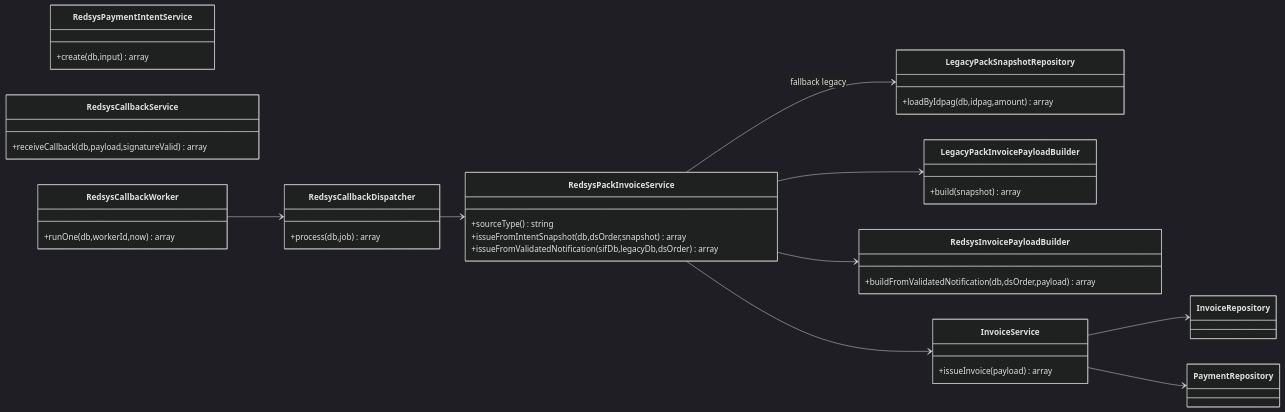
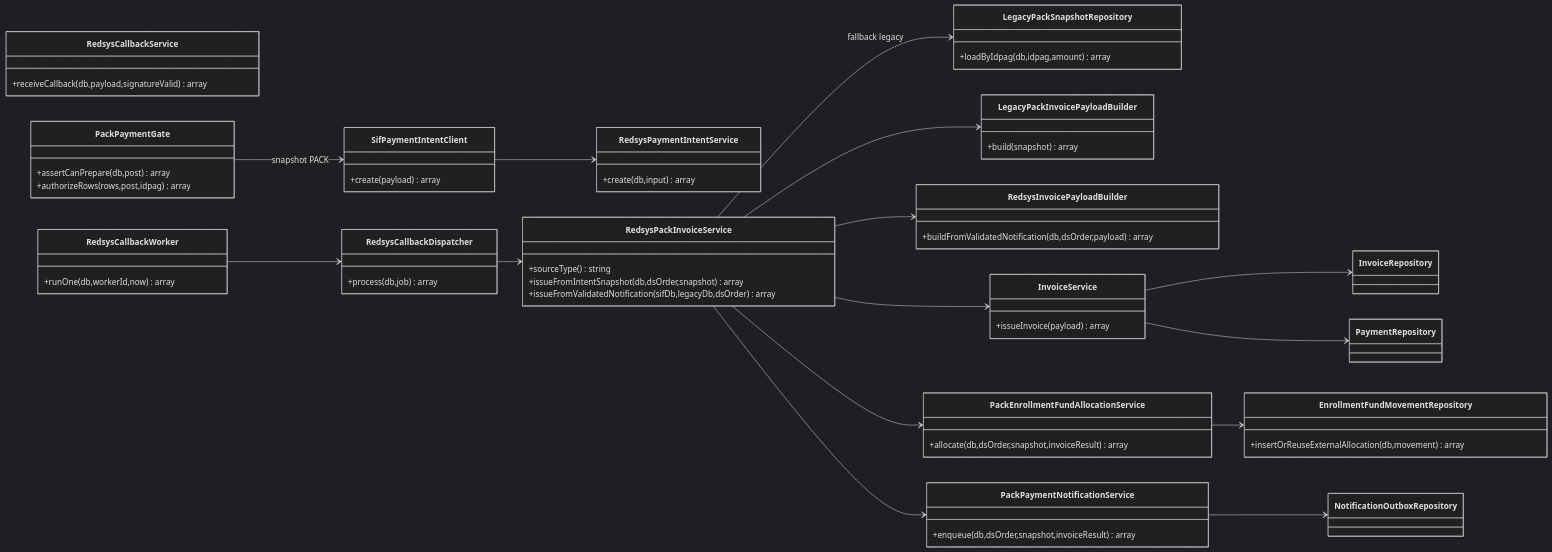
One commit to orgmeriemprismacat-del/verifactu changed the second of 3 diagrams in documentacio/07-uml-integrat/uc-015-classes-actual-final.md. Above: the diagram before and after it, drawn with Mermaid (dark theme). The commit also changed other lines of this file, not shown here.

````diff
--- a/documentacio/07-uml-integrat/uc-015-classes-actual-final.md
+++ b/documentacio/07-uml-integrat/uc-015-classes-actual-final.md
@@ -61,44 +61,67 @@
 ```mermaid
 classDiagram
 direction LR
 class RedsysPaymentIntentService {
   +create(db,input) array
 }
 class RedsysCallbackService {
   +receiveCallback(db,payload,signatureValid) array
 }
 class RedsysCallbackDispatcher {
   +process(db,job) array
 }
 class RedsysCallbackWorker {
   +runOne(db,workerId,now) array
 }
 class RedsysPackInvoiceService {
   +sourceType() string
   +issueFromIntentSnapshot(db,dsOrder,snapshot) array
   +issueFromValidatedNotification(sifDb,legacyDb,dsOrder) array
 }
 class LegacyPackSnapshotRepository {
   +loadByIdpag(db,idpag,amount) array
 }
 class LegacyPackInvoicePayloadBuilder {
   +build(snapshot) array
 }
 class RedsysInvoicePayloadBuilder {
   +buildFromValidatedNotification(db,dsOrder,payload) array
 }
 class InvoiceService {
   +issueInvoice(payload) array
 }
 class InvoiceRepository
 class PaymentRepository
+class PackPaymentGate {
+  +assertCanPrepare(db,post) array
+  +authorizeRows(rows,post,idpag) array
+}
+class SifPaymentIntentClient {
+  +create(payload) array
+}
+class PackEnrollmentFundAllocationService {
+  +allocate(db,dsOrder,snapshot,invoiceResult) array
+}
+class EnrollmentFundMovementRepository {
+  +insertOrReuseExternalAllocation(db,movement) array
+}
+class PackPaymentNotificationService {
+  +enqueue(db,dsOrder,snapshot,invoiceResult) array
+}
+class NotificationOutboxRepository
 
 RedsysCallbackWorker --> RedsysCallbackDispatcher
 RedsysCallbackDispatcher --> RedsysPackInvoiceService
 RedsysPackInvoiceService --> LegacyPackInvoicePayloadBuilder
 RedsysPackInvoiceService --> RedsysInvoicePayloadBuilder
 RedsysPackInvoiceService --> LegacyPackSnapshotRepository : fallback legacy
+PackPaymentGate --> SifPaymentIntentClient : snapshot PACK
+SifPaymentIntentClient --> RedsysPaymentIntentService
 RedsysPackInvoiceService --> InvoiceService
+RedsysPackInvoiceService --> PackEnrollmentFundAllocationService
+PackEnrollmentFundAllocationService --> EnrollmentFundMovementRepository
+RedsysPackInvoiceService --> PackPaymentNotificationService
+PackPaymentNotificationService --> NotificationOutboxRepository
 InvoiceService --> InvoiceRepository
 InvoiceService --> PaymentRepository
 ```
````
